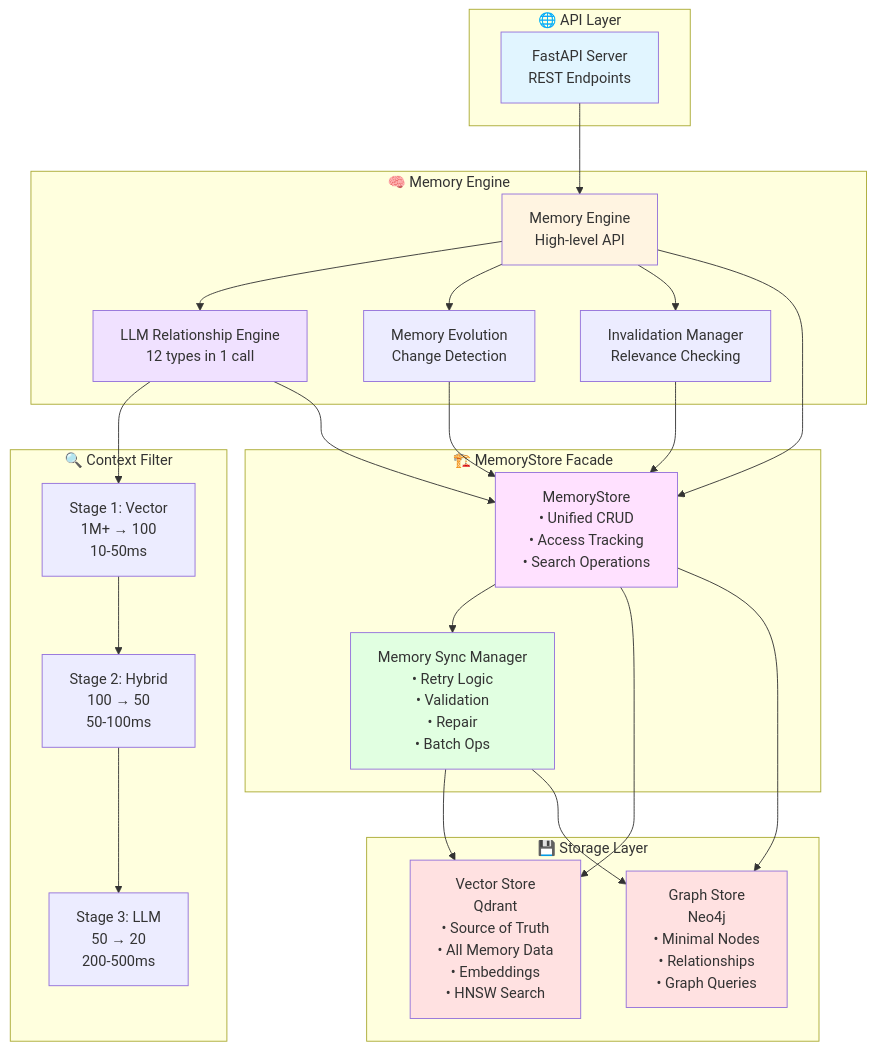
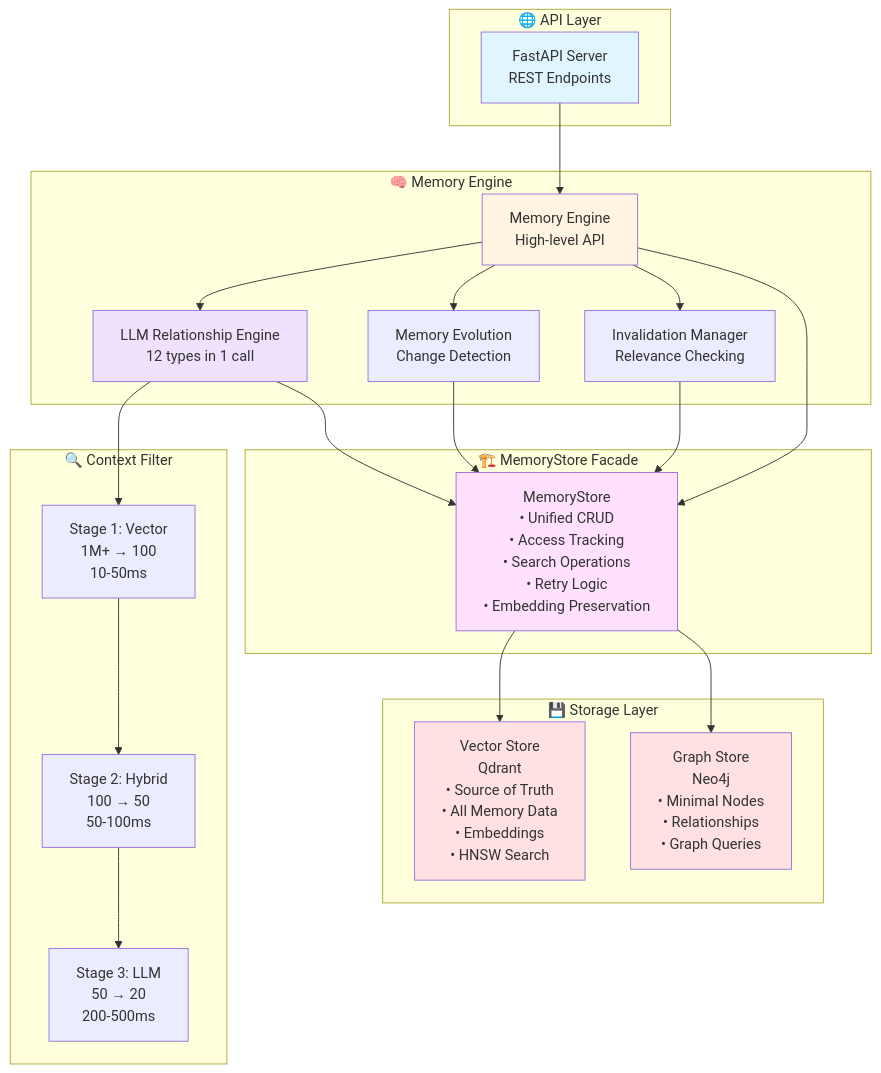
Before and after one commit to vakharwalad23/MnemoGraph: the diagram in README.md, drawn with Mermaid. The commit also changed other lines of this file and 7 other files, not shown here.

Commit message:
refactor: consolidate MemorySyncManager functionality into MemoryStore, enhancing error handling and simplifying architecture by removing the sync manager component

````diff
--- a/README.md
+++ b/README.md
@@ -53,57 +53,52 @@
 ```mermaid
 graph TB
     subgraph API["🌐 API Layer"]
         FastAPI["FastAPI Server<br/>REST Endpoints"]
     end
 
     subgraph Engine["🧠 Memory Engine"]
         MemEngine["Memory Engine<br/>High-level API"]
         LLMRel["LLM Relationship Engine<br/>12 types in 1 call"]
         Evolution["Memory Evolution<br/>Change Detection"]
         Invalid["Invalidation Manager<br/>Relevance Checking"]
     end
 
     subgraph Filter["🔍 Context Filter"]
         Stage1["Stage 1: Vector<br/>1M+ → 100<br/>10-50ms"]
         Stage2["Stage 2: Hybrid<br/>100 → 50<br/>50-100ms"]
         Stage3["Stage 3: LLM<br/>50 → 20<br/>200-500ms"]
     end
 
     subgraph Facade["🏗️ MemoryStore Facade"]
-        MemStore["MemoryStore<br/>• Unified CRUD<br/>• Access Tracking<br/>• Search Operations"]
-        SyncMgr["Memory Sync Manager<br/>• Retry Logic<br/>• Validation<br/>• Repair<br/>• Batch Ops"]
+        MemStore["MemoryStore<br/>• Unified CRUD<br/>• Access Tracking<br/>• Search Operations<br/>• Retry Logic<br/>• Embedding Preservation"]
     end
 
     subgraph Storage["💾 Storage Layer"]
         Vector["Vector Store<br/>Qdrant<br/>• Source of Truth<br/>• All Memory Data<br/>• Embeddings<br/>• HNSW Search"]
         Graph["Graph Store<br/>Neo4j<br/>• Minimal Nodes<br/>• Relationships<br/>• Graph Queries"]
     end
 
     FastAPI --> MemEngine
     MemEngine --> LLMRel
     MemEngine --> Evolution
     MemEngine --> Invalid
 
     LLMRel --> Stage1
     Stage1 --> Stage2
     Stage2 --> Stage3
 
     MemEngine --> MemStore
     LLMRel --> MemStore
     Evolution --> MemStore
     Invalid --> MemStore
 
-    MemStore --> SyncMgr
     MemStore --> Vector
     MemStore --> Graph
-    SyncMgr --> Vector
-    SyncMgr --> Graph
 
     style FastAPI fill:#e1f5ff
     style MemEngine fill:#fff4e1
     style LLMRel fill:#f0e1ff
     style MemStore fill:#ffe1ff
-    style SyncMgr fill:#e1ffe1
     style Vector fill:#ffe1e1
     style Graph fill:#ffe1e1
 ```
````
